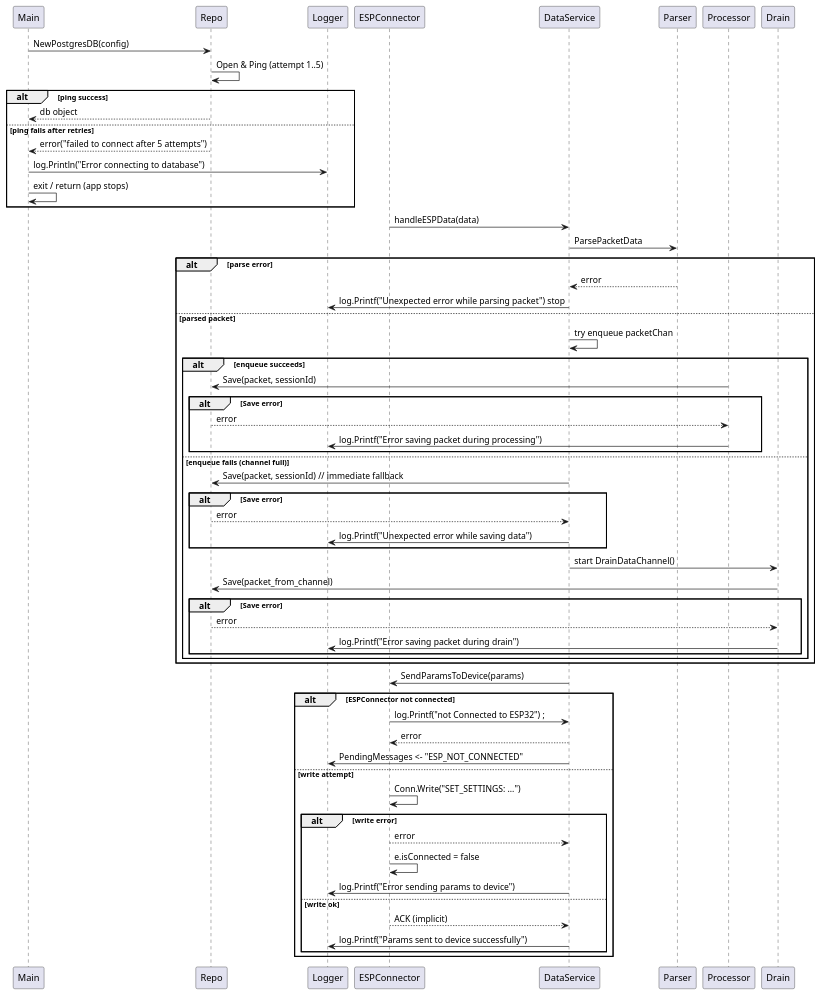
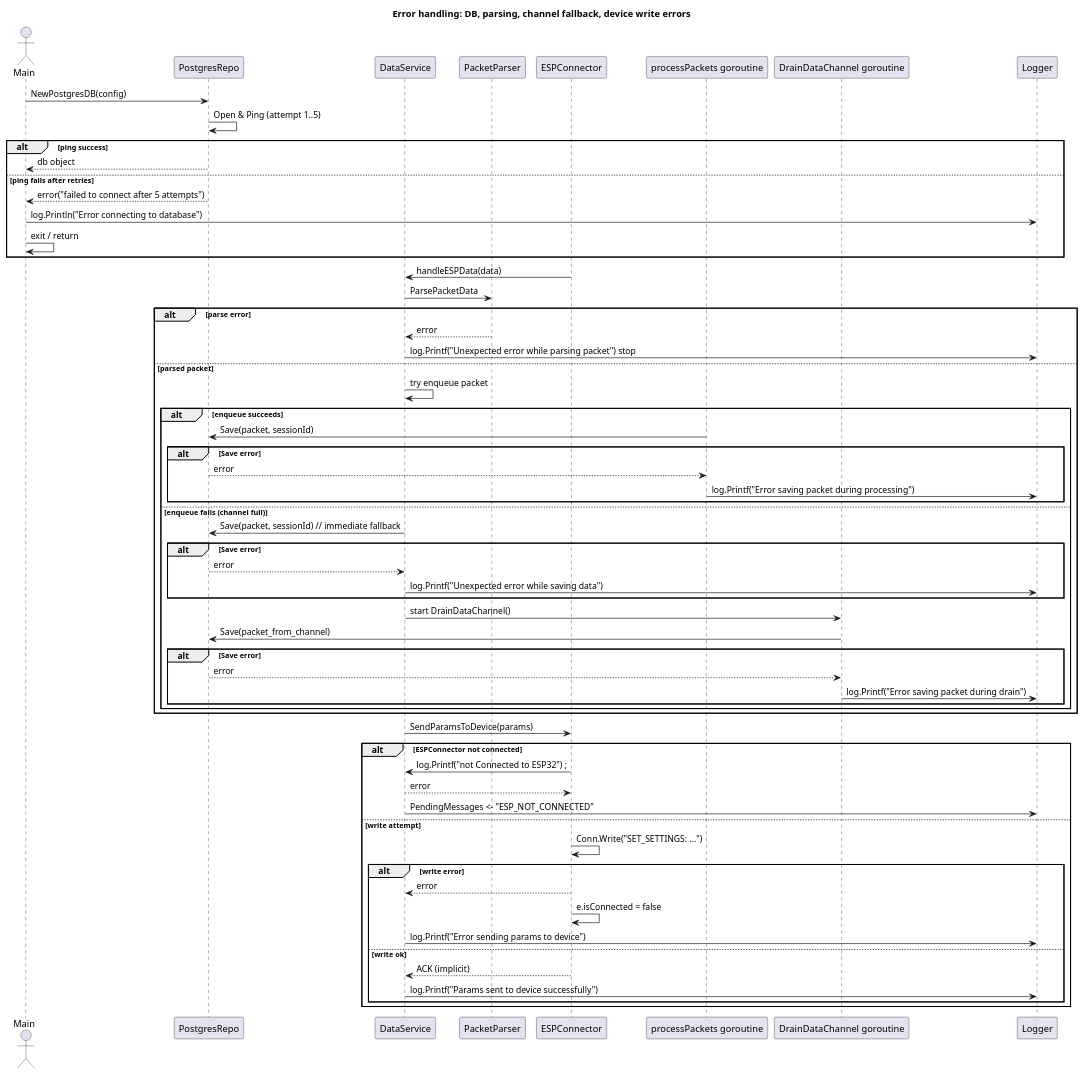
Before and after one commit to RedBlackHoodie/GsmLoraServer: the diagram in doc/errs.puml, drawn with PlantUML. The commit also changed 6 other files, not shown here.

```diff
--- a/doc/errs.puml
+++ b/doc/errs.puml
@@ -1,57 +1,67 @@
-@startuml title Error handling: DB, parsing, channel fallback, device write errors actor Main participant "PostgresRepo" as Repo participant "DataService" as DataService participant "PacketParser" as Parser participant "ESPConnector" as ESPConnector participant "processPackets goroutine" as Processor participant "DrainDataChannel goroutine" as Drain participant Logger
+@startuml
+title Error handling: DB, parsing, channel fallback, device write errors
+
+actor Main
+participant "PostgresRepo" as Repo
+participant "DataService" as DataService
+participant "PacketParser" as Parser
+participant "ESPConnector" as ESPConnector
+participant "processPackets goroutine" as Processor
+participant "DrainDataChannel goroutine" as Drain
+participant Logger
 
 Main -> Repo: NewPostgresDB(config)
 Repo -> Repo: Open & Ping (attempt 1..5)
 alt ping success
 Repo --> Main: db object
 else ping fails after retries
 Repo --> Main: error("failed to connect after 5 attempts")
 Main -> Logger: log.Println("Error connecting to database")
-Main -> Main: exit / return (app stops)
+Main -> Main: exit / return
 end
 
 ESPConnector -> DataService: handleESPData(data)
 DataService -> Parser: ParsePacketData
 alt parse error
 Parser --> DataService: error
 DataService -> Logger: log.Printf("Unexpected error while parsing packet") stop
 else parsed packet
-DataService -> DataService: try enqueue packetChan
+DataService -> DataService: try enqueue packet
 alt enqueue succeeds
 Processor -> Repo: Save(packet, sessionId)
 alt Save error
 Repo --> Processor: error
 Processor -> Logger: log.Printf("Error saving packet during processing")
 end
 else enqueue fails (channel full)
 DataService -> Repo: Save(packet, sessionId) // immediate fallback
 alt Save error
 Repo --> DataService: error
 DataService -> Logger: log.Printf("Unexpected error while saving data")
 end
 DataService -> Drain: start DrainDataChannel()
 Drain -> Repo: Save(packet_from_channel)
 alt Save error
 Repo --> Drain: error
 Drain -> Logger: log.Printf("Error saving packet during drain")
 end
 end
 end
 
 DataService -> ESPConnector: SendParamsToDevice(params)
 alt ESPConnector not connected
 ESPConnector -> DataService: log.Printf("not Connected to ESP32") ;
 return error
 DataService -> Logger: PendingMessages <- "ESP_NOT_CONNECTED"
 else write attempt
 ESPConnector -> ESPConnector: Conn.Write("SET_SETTINGS: ...")
 alt write error
 ESPConnector --> DataService: error
 ESPConnector -> ESPConnector: e.isConnected = false
 DataService -> Logger: log.Printf("Error sending params to device")
 else write ok
 ESPConnector --> DataService: ACK (implicit)
 DataService -> Logger: log.Printf("Params sent to device successfully")
 end
 end
 @enduml
```
